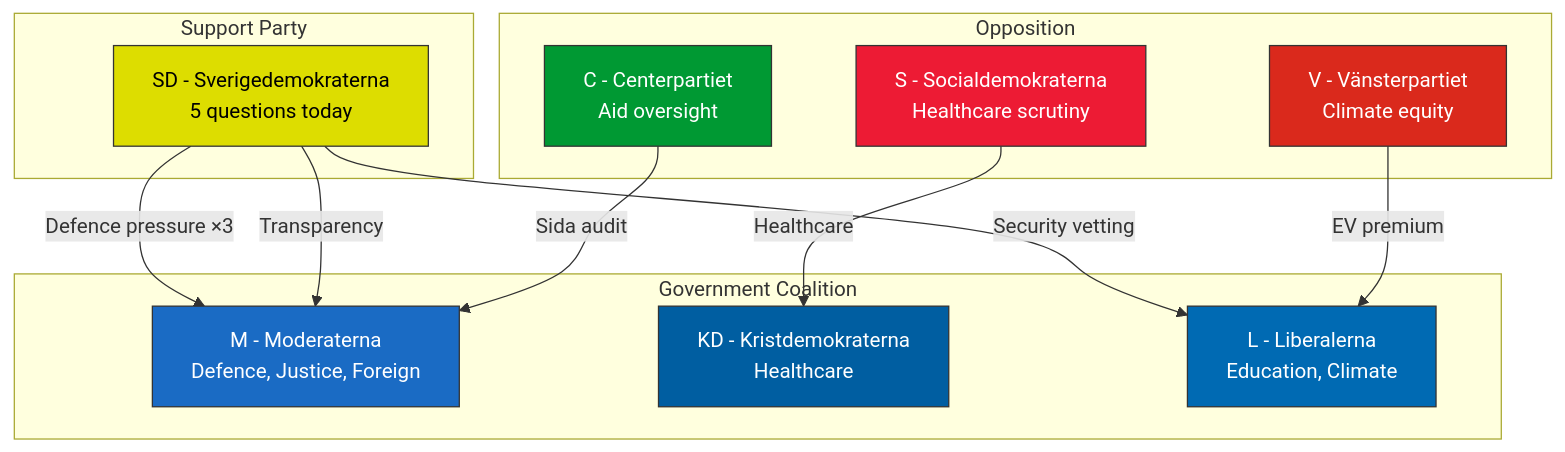
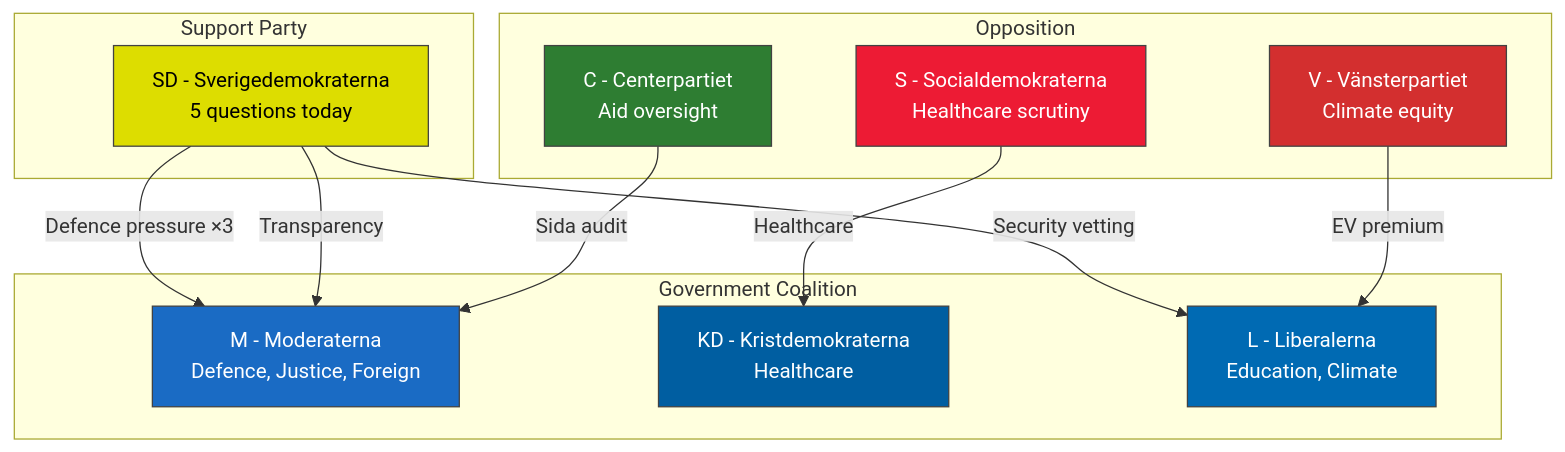
Before and after one commit to Hack23/riksdagsmonitor: the diagram in analysis/daily/2026-04-08/realtime-1027/stakeholder-perspectives.md, drawn with Mermaid. The commit also changed 785 other files, not shown here.

First line of the commit message:
Normalize mermaid colors across 786 analysis artifacts to ISMS Style Guide palette

````diff
--- a/analysis/daily/2026-04-08/realtime-1027/stakeholder-perspectives.md
+++ b/analysis/daily/2026-04-08/realtime-1027/stakeholder-perspectives.md
@@ -10,33 +10,33 @@
 ```mermaid
 graph TB
     subgraph "Government Coalition"
         M["M - Moderaterna<br/>Defence, Justice, Foreign"]
         KD["KD - Kristdemokraterna<br/>Healthcare"]
         L["L - Liberalerna<br/>Education, Climate"]
     end
     
     subgraph "Support Party"
         SD["SD - Sverigedemokraterna<br/>5 questions today"]
     end
     
     subgraph "Opposition"
         S["S - Socialdemokraterna<br/>Healthcare scrutiny"]
         V["V - Vänsterpartiet<br/>Climate equity"]
         C["C - Centerpartiet<br/>Aid oversight"]
     end
     
     SD -->|"Defence pressure ×3"| M
     SD -->|"Security vetting"| L
     SD -->|"Transparency"| M
     S -->|"Healthcare"| KD
     V -->|"EV premium"| L
     C -->|"Sida audit"| M
     
-    style M fill:#1a6bc4,stroke:#333,color:#fff
-    style KD fill:#005ea1,stroke:#333,color:#fff
-    style L fill:#006ab3,stroke:#333,color:#fff
-    style SD fill:#dddd00,stroke:#333,color:#000
-    style S fill:#ed1b34,stroke:#333,color:#fff
-    style V fill:#da291c,stroke:#333,color:#fff
-    style C fill:#009933,stroke:#333,color:#fff
+    style M fill:#1a6bc4,stroke:#424242,color:#FFFFFF
+    style KD fill:#005ea1,stroke:#424242,color:#FFFFFF
+    style L fill:#006ab3,stroke:#424242,color:#FFFFFF
+    style SD fill:#dddd00,stroke:#424242,color:#000000
+    style S fill:#ed1b34,stroke:#424242,color:#FFFFFF
+    style V fill:#D32F2F,stroke:#424242,color:#FFFFFF
+    style C fill:#2E7D32,stroke:#424242,color:#FFFFFF
 ```
````
